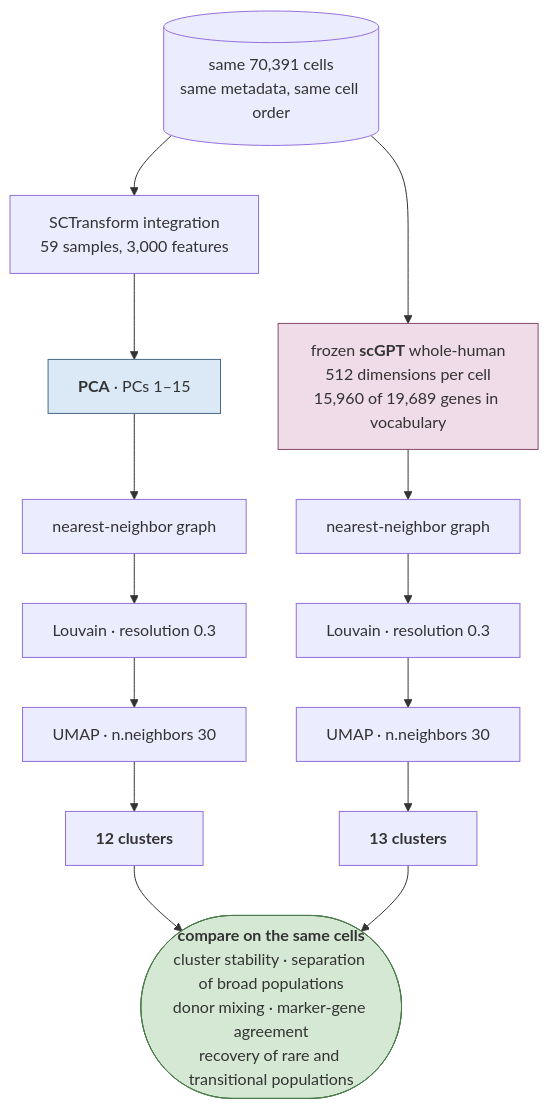
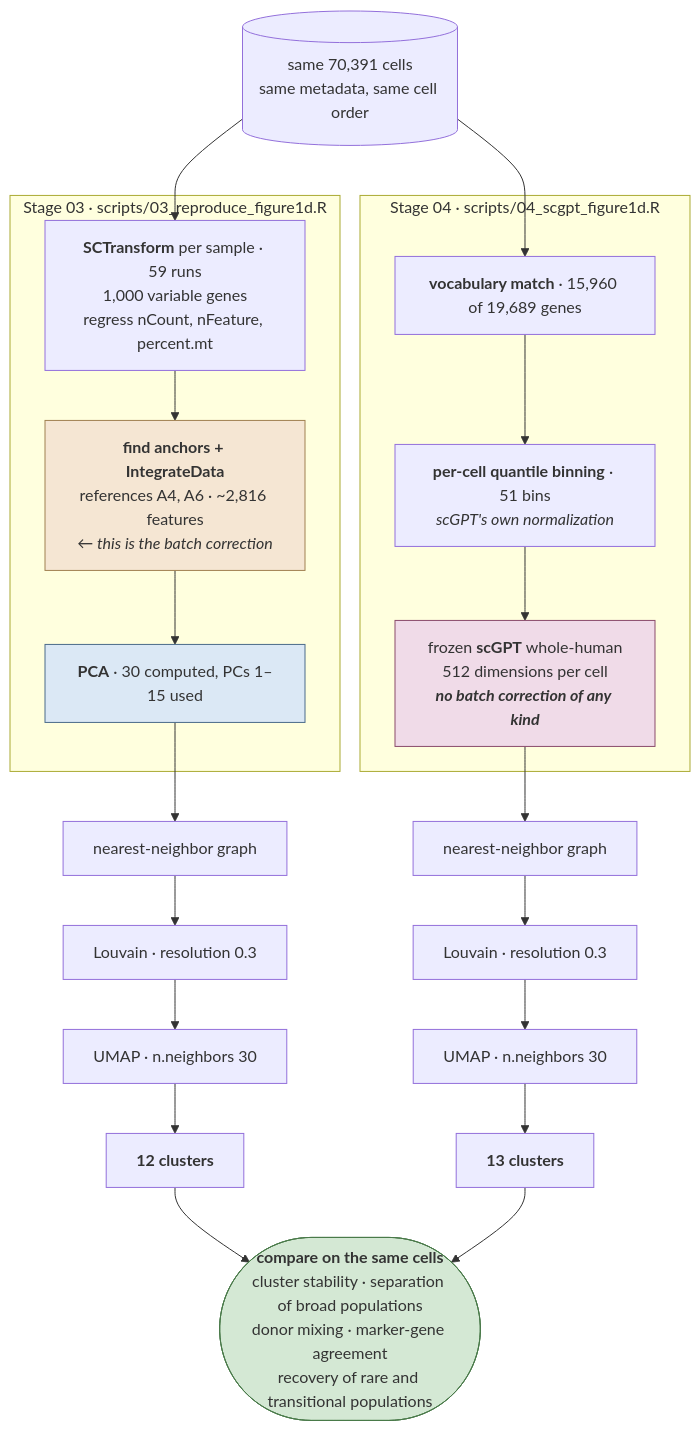
The fifth of 8 diagrams in README.md (sivatej800-oss/T-cell-representations), drawn with Mermaid before and after one commit. The commit also changed other lines of this file and 6 other files, not shown here.

````diff
--- a/README.md
+++ b/README.md
@@ -204,28 +187,36 @@
 ```mermaid
 flowchart TD
     A[("same 70,391 cells<br/>same metadata, same cell order")]
 
-    B["SCTransform integration<br/>59 samples, 3,000 features"]
-    C["<b>PCA</b> · PCs 1–15"]
+    subgraph S3["Stage 03 · scripts/03_reproduce_figure1d.R"]
+        B["<b>SCTransform</b> per sample · 59 runs<br/>1,000 variable genes<br/>regress nCount, nFeature, percent.mt"]
+        B2["<b>find anchors + IntegrateData</b><br/>references A4, A6 · ~2,816 features<br/><i>← this is the batch correction</i>"]
+        C["<b>PCA</b> · 30 computed, PCs 1–15 used"]
+    end
 
-    D["frozen <b>scGPT</b> whole-human<br/>512 dimensions per cell<br/>15,960 of 19,689 genes in vocabulary"]
+    subgraph S4["Stage 04 · scripts/04_scgpt_figure1d.R"]
+        D0["<b>vocabulary match</b> · 15,960 of 19,689 genes"]
+        D1["<b>per-cell quantile binning</b> · 51 bins<br/><i>scGPT's own normalization</i>"]
+        D["frozen <b>scGPT</b> whole-human<br/>512 dimensions per cell<br/><b><i>no batch correction of any kind</i></b>"]
+    end
 
     E["nearest-neighbor graph"]
     F["nearest-neighbor graph"]
     G["Louvain · resolution 0.3"]
     H["Louvain · resolution 0.3"]
     I["UMAP · n.neighbors 30"]
     J["UMAP · n.neighbors 30"]
 
     L["<b>12 clusters</b>"]
     M["<b>13 clusters</b>"]
 
     K(["<b>compare on the same cells</b><br/>cluster stability · separation of broad populations<br/>donor mixing · marker-gene agreement<br/>recovery of rare and transitional populations"])
 
-    A --> B --> C --> E --> G --> I --> L --> K
-    A --> D --> F --> H --> J --> M --> K
+    A --> B --> B2 --> C --> E --> G --> I --> L --> K
+    A --> D0 --> D1 --> D --> F --> H --> J --> M --> K
 
+    style B2 fill:#f5e6d3,stroke:#a08050
     style C fill:#dbe8f5,stroke:#4a6a8a
     style D fill:#f0dbe8,stroke:#8a4a6a
     style K fill:#d4e8d4,stroke:#4a7a4a
 ```
````
